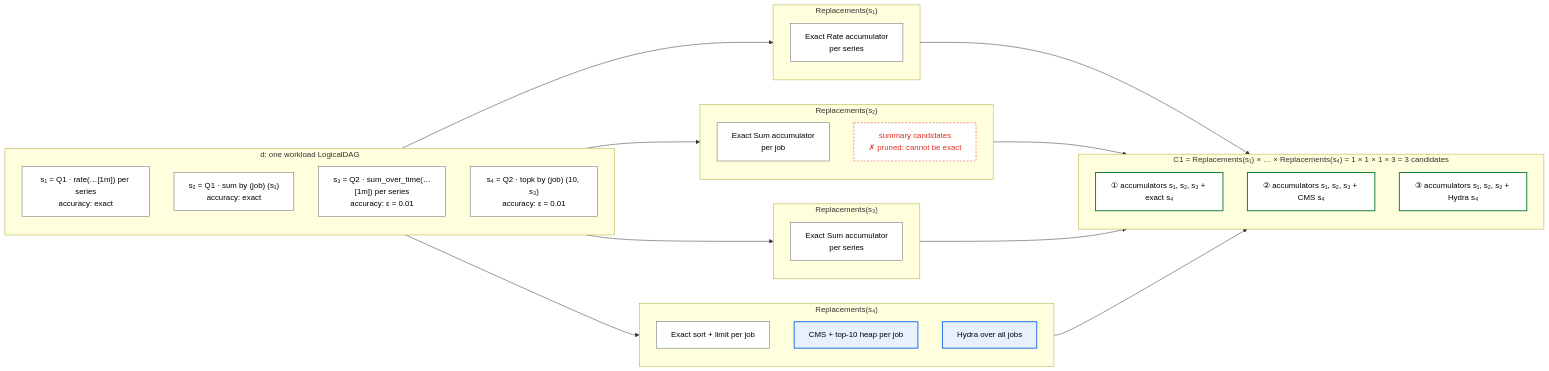
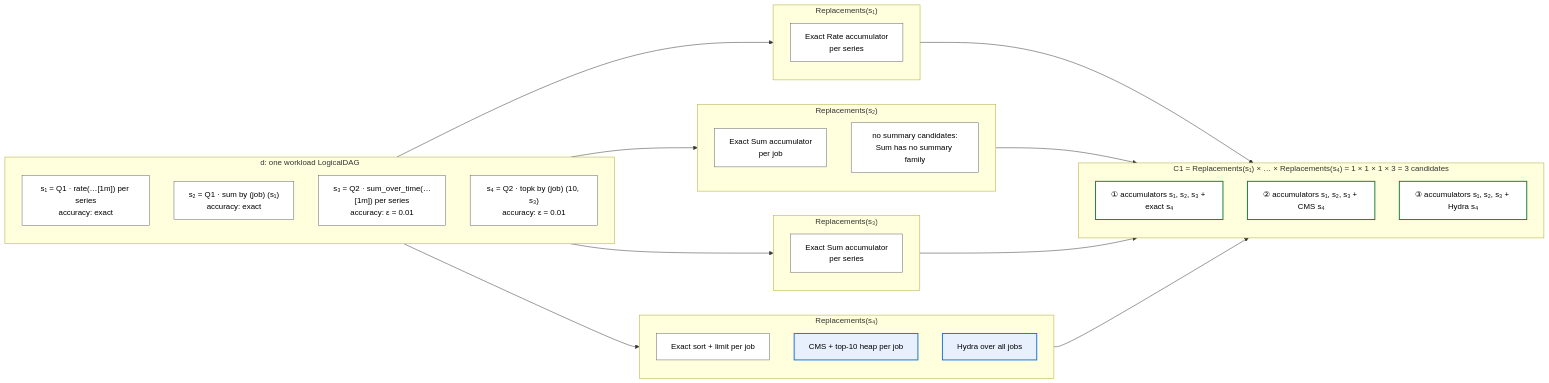
One commit to ProjectASAP/ASAPPlanner changed the second of 16 diagrams in docs/design_docs/proposals/planner-layering.md. Above: the diagram before and after it, drawn with Mermaid. The commit also changed other lines of this file and 1 other file, not shown here.

First line of the commit message:
docs: Pass 1 HAVING placement and filters keep candidates

````diff
--- a/docs/design_docs/proposals/planner-layering.md
+++ b/docs/design_docs/proposals/planner-layering.md
@@ -387,49 +392,49 @@
 ```mermaid
 flowchart LR
   subgraph IN["d: one workload LogicalDAG"]
     direction TB
     s1["s₁ = Q1 · rate(…[1m]) per series<br/>accuracy: exact"]:::exact
     s2["s₂ = Q1 · sum by (job) (s₁)<br/>accuracy: exact"]:::exact
     s3["s₃ = Q2 · sum_over_time(…[1m]) per series<br/>accuracy: ε = 0.01"]:::exact
     s4["s₄ = Q2 · topk by (job) (10, s₃)<br/>accuracy: ε = 0.01"]:::exact
   end
   subgraph R1["Replacements(s₁)"]
     direction TB
     a3["Exact Rate accumulator<br/>per series"]:::exact
   end
   subgraph R2["Replacements(s₂)"]
     direction TB
     d3["Exact Sum accumulator<br/>per job"]:::exact
-    a2["summary candidates<br/>✗ pruned: cannot be exact"]:::pruned
+    a2["no summary candidates:<br/>Sum has no summary family"]:::exact
   end
   subgraph R3["Replacements(s₃)"]
     direction TB
     e3["Exact Sum accumulator<br/>per series"]:::exact
   end
   subgraph R4["Replacements(s₄)"]
     direction TB
     b1["Exact sort + limit per job"]:::exact
     b2["CMS + top-10 heap per job"]:::summary
     b3["Hydra over all jobs"]:::summary
   end
   subgraph OUT["C1 = Replacements(s₁) × … × Replacements(s₄) = 1 × 1 × 1 × 3 = 3 candidates"]
     direction TB
     c1["① accumulators s₁, s₂, s₃ + exact s₄"]:::ok
     c2["② accumulators s₁, s₂, s₃ + CMS s₄"]:::ok
     c3["③ accumulators s₁, s₂, s₃ + Hydra s₄"]:::ok
   end
   s1 --> R1
   s2 --> R2
   s3 --> R3
   s4 --> R4
   R1 --> OUT
   R2 --> OUT
   R3 --> OUT
   R4 --> OUT
   classDef data fill:#f1f3f4,stroke:#5f6368,color:#000;
   classDef exact fill:#fff,stroke:#5f6368,color:#000;
   classDef summary fill:#e8f0fe,stroke:#1a73e8,stroke-width:2px,color:#000;
   classDef estimate fill:#e6f4ea,stroke:#188038,color:#000;
   classDef pruned fill:#fff,stroke:#d93025,stroke-dasharray:4 3,color:#d93025;
   classDef ok fill:#fff,stroke:#188038,stroke-width:2px,color:#000;
 ```
````
